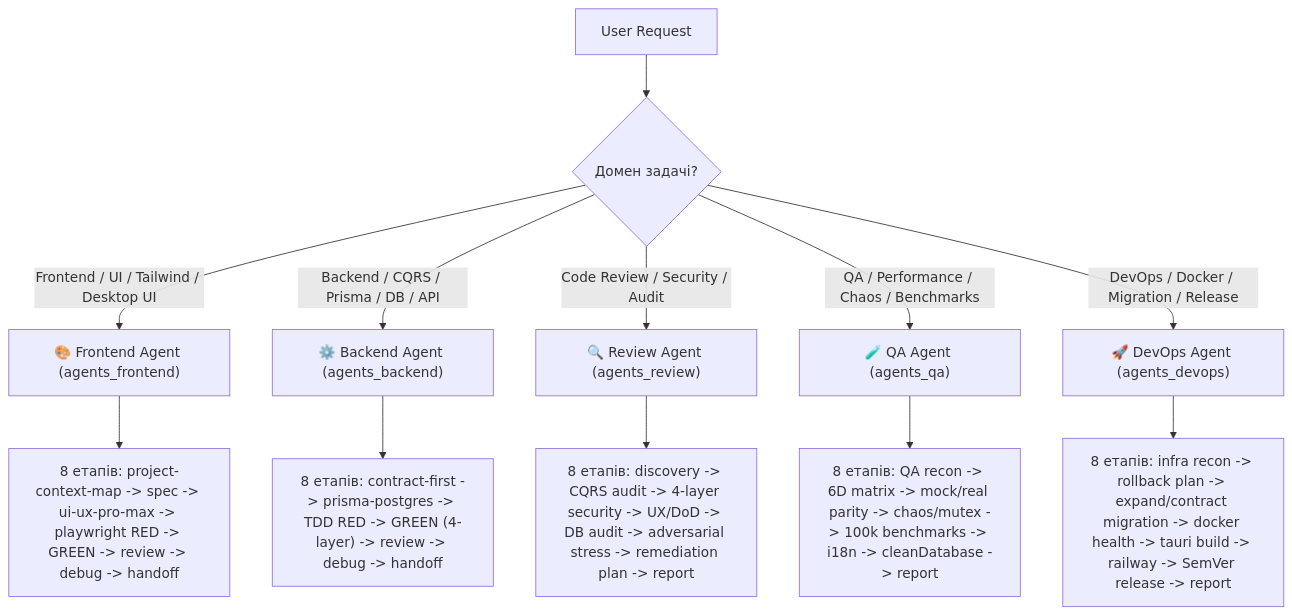
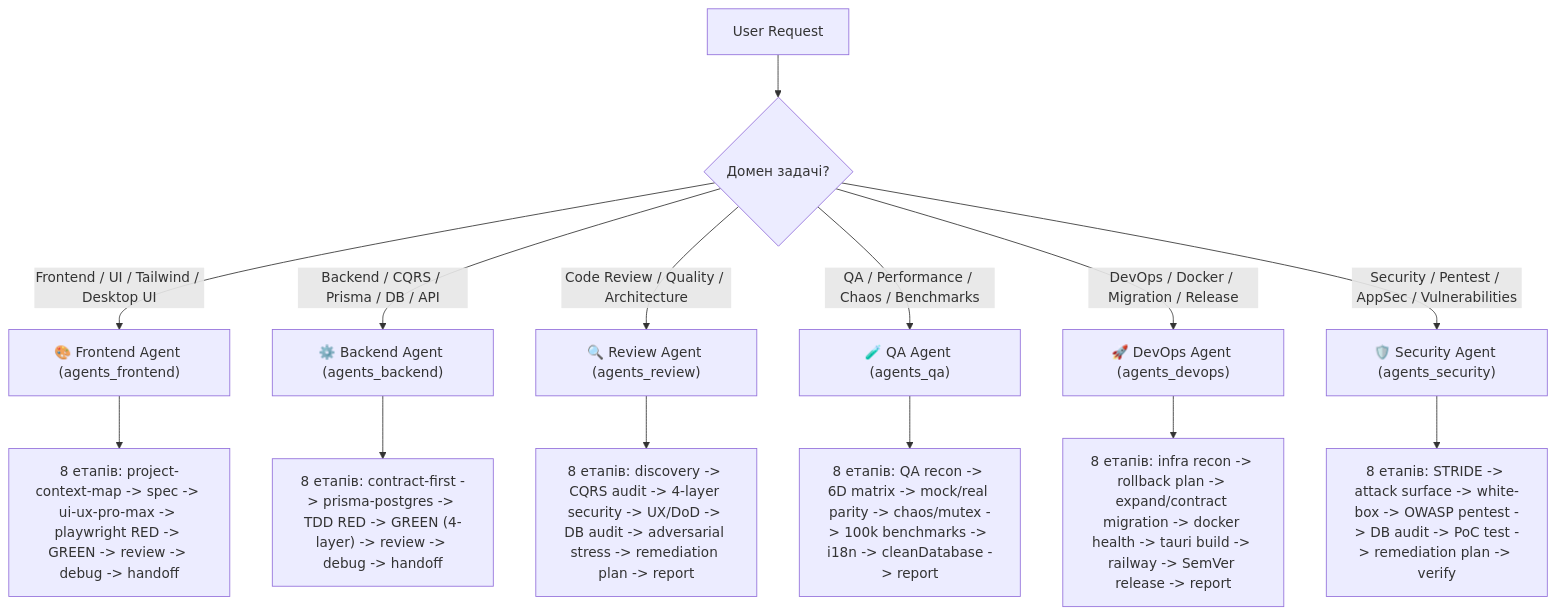
The diagram in .agents/AGENTS.md (OlegFutornoi/SmartFeedStudio), drawn with Mermaid before and after one commit. The commit also changed other lines of this file and 74 other files, not shown here.

````diff
--- a/.agents/AGENTS.md
+++ b/.agents/AGENTS.md
@@ -115,19 +120,22 @@
 ```mermaid
 graph TD
     Start["User Request"] --> TypeCheck{"Домен задачі?"}
 
     TypeCheck -->|"Frontend / UI / Tailwind / Desktop UI"| F["🎨 Frontend Agent (agents_frontend)"]
     F --> F_Workflow["8 етапів: project-context-map -> spec -> ui-ux-pro-max -> playwright RED -> GREEN -> review -> debug -> handoff"]
 
     TypeCheck -->|"Backend / CQRS / Prisma / DB / API"| B["⚙️ Backend Agent (agents_backend)"]
     B --> B_Workflow["8 етапів: contract-first -> prisma-postgres -> TDD RED -> GREEN (4-layer) -> review -> debug -> handoff"]
 
-    TypeCheck -->|"Code Review / Security / Audit"| R["🔍 Review Agent (agents_review)"]
+    TypeCheck -->|"Code Review / Quality / Architecture"| R["🔍 Review Agent (agents_review)"]
     R --> R_Workflow["8 етапів: discovery -> CQRS audit -> 4-layer security -> UX/DoD -> DB audit -> adversarial stress -> remediation plan -> report"]
 
     TypeCheck -->|"QA / Performance / Chaos / Benchmarks"| Q["🧪 QA Agent (agents_qa)"]
     Q --> Q_Workflow["8 етапів: QA recon -> 6D matrix -> mock/real parity -> chaos/mutex -> 100k benchmarks -> i18n -> cleanDatabase -> report"]
 
     TypeCheck -->|"DevOps / Docker / Migration / Release"| O["🚀 DevOps Agent (agents_devops)"]
     O --> O_Workflow["8 етапів: infra recon -> rollback plan -> expand/contract migration -> docker health -> tauri build -> railway -> SemVer release -> report"]
+
+    TypeCheck -->|"Security / Pentest / AppSec / Vulnerabilities"| S["🛡️ Security Agent (agents_security)"]
+    S --> S_Workflow["8 етапів: STRIDE -> attack surface -> white-box -> OWASP pentest -> DB audit -> PoC test -> remediation plan -> verify"]
 ```
````
